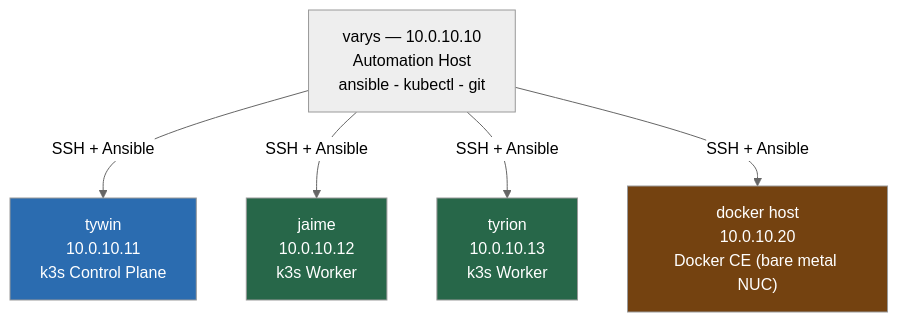
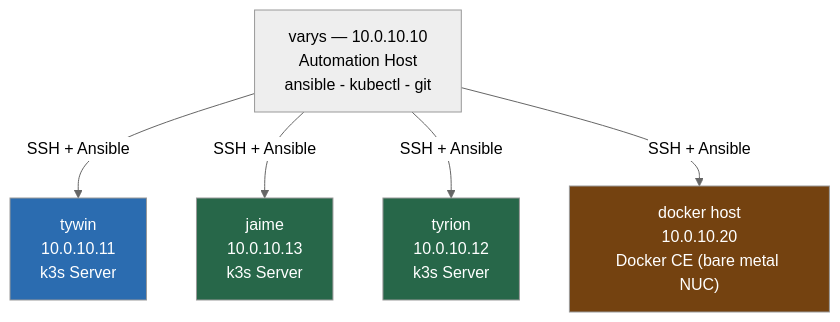
Before and after one commit to Kagiso-me/homelab-infrastructure: the first of 2 diagrams in docs/guides/01-Node-Preparation-Hardening.md, drawn with Mermaid (neutral theme). The commit also changed other lines of this file and 40 other files, not shown here.

````diff
--- a/docs/guides/01-Node-Preparation-Hardening.md
+++ b/docs/guides/01-Node-Preparation-Hardening.md
@@ -49,12 +49,12 @@
 ```mermaid
 graph TD
     Auto["varys — 10.0.10.10<br/>Automation Host<br/>ansible - kubectl - git"]
-    Auto -->|SSH + Ansible| tywin["tywin<br/>10.0.10.11<br/>k3s Control Plane"]
-    Auto -->|SSH + Ansible| jaime["jaime<br/>10.0.10.12<br/>k3s Worker"]
-    Auto -->|SSH + Ansible| tyrion["tyrion<br/>10.0.10.13<br/>k3s Worker"]
+    Auto -->|SSH + Ansible| tywin["tywin<br/>10.0.10.11<br/>k3s Server"]
+    Auto -->|SSH + Ansible| jaime["jaime<br/>10.0.10.13<br/>k3s Server"]
+    Auto -->|SSH + Ansible| tyrion["tyrion<br/>10.0.10.12<br/>k3s Server"]
     Auto -->|SSH + Ansible| docker["docker host<br/>10.0.10.20<br/>Docker CE (bare metal NUC)"]
     style tywin fill:#2b6cb0,color:#fff
     style jaime fill:#276749,color:#fff
     style tyrion fill:#276749,color:#fff
     style docker fill:#744210,color:#fff
 ```
````
